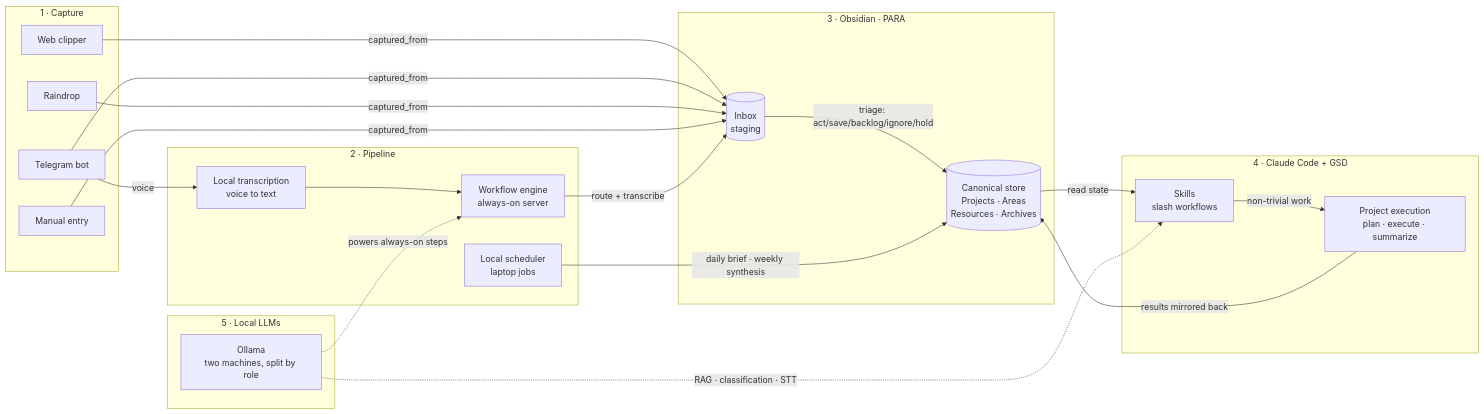
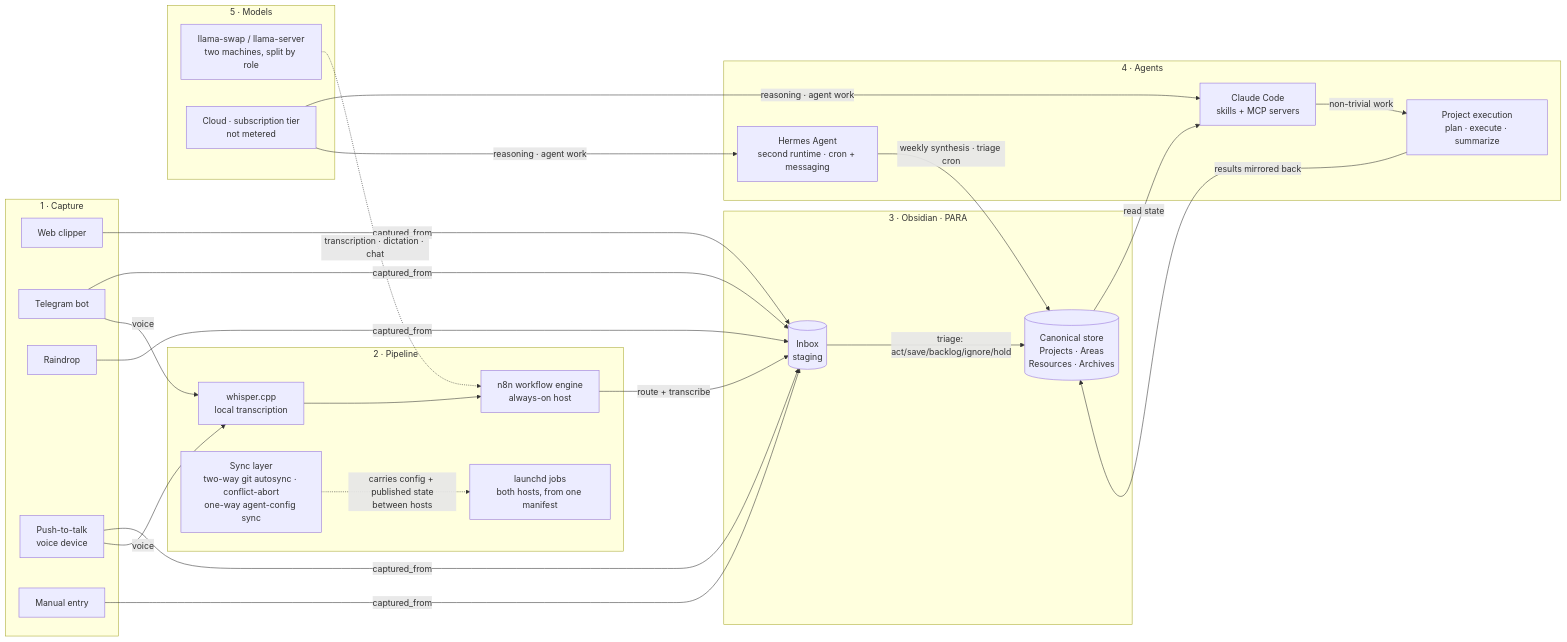
Before and after one commit to ozlar34/second-brain-system: the diagram in README.md, drawn with Mermaid. The commit also changed other lines of this file and 7 other files, not shown here.

First line of the commit message:
docs: 2026-08 refresh — Hermes cloud tier, 13-value note_type enum, memory lifecycle, drop ROADMAP + daily-brief example (#1)

````diff
--- a/README.md
+++ b/README.md
@@ -28,40 +32,45 @@
 ```mermaid
 flowchart LR
     subgraph L1["1 · Capture"]
         WC[Web clipper]
         TG[Telegram bot]
         RD[Raindrop]
+        R1[Push-to-talk<br/>voice device]
         MN[Manual entry]
     end
 
     subgraph L2["2 · Pipeline"]
-        N8N[Workflow engine<br/>always-on server]
-        SCHED[Local scheduler<br/>laptop jobs]
-        STT[Local transcription<br/>voice to text]
+        N8N[n8n workflow engine<br/>always-on host]
+        SCHED[launchd jobs<br/>both hosts, from one manifest]
+        STT[whisper.cpp<br/>local transcription]
+        SYNC[Sync layer<br/>two-way git autosync · conflict-abort<br/>one-way agent-config sync]
     end
 
     subgraph L3["3 · Obsidian · PARA"]
         INBOX[(Inbox<br/>staging)]
         VAULT[(Canonical store<br/>Projects · Areas<br/>Resources · Archives)]
     end
 
-    subgraph L4["4 · Claude Code + GSD"]
-        SKILLS[Skills<br/>slash workflows]
+    subgraph L4["4 · Agents"]
+        SKILLS[Claude Code<br/>skills + MCP servers]
         GSD[Project execution<br/>plan · execute · summarize]
+        HERMES[Hermes Agent<br/>second runtime · cron + messaging]
     end
 
-    subgraph L5["5 · Local LLMs"]
-        OLLAMA[Ollama<br/>two machines, split by role]
+    subgraph L5["5 · Models"]
+        LOCAL[llama-swap / llama-server<br/>two machines, split by role]
+        CLOUD[Cloud · subscription tier<br/>not metered]
     end
 
-    WC & TG & RD & MN -->|captured_from| INBOX
+    WC & TG & RD & R1 & MN -->|captured_from| INBOX
     N8N -->|route + transcribe| INBOX
-    TG -->|voice| STT --> N8N
+    TG & R1 -->|voice| STT --> N8N
     INBOX -->|triage: act/save/backlog/ignore/hold| VAULT
-    SCHED -->|daily brief · weekly synthesis| VAULT
+    HERMES -->|weekly synthesis · triage cron| VAULT
+    SYNC -.->|carries config + published state<br/>between hosts| SCHED
     VAULT -->|read state| SKILLS
     SKILLS -->|non-trivial work| GSD
     GSD -->|results mirrored back| VAULT
-    OLLAMA -.->|powers always-on steps| N8N
-    OLLAMA -.->|RAG · classification · STT| SKILLS
+    LOCAL -.->|transcription · dictation · chat| N8N
+    CLOUD -->|reasoning · agent work| SKILLS & HERMES
 ```
````
